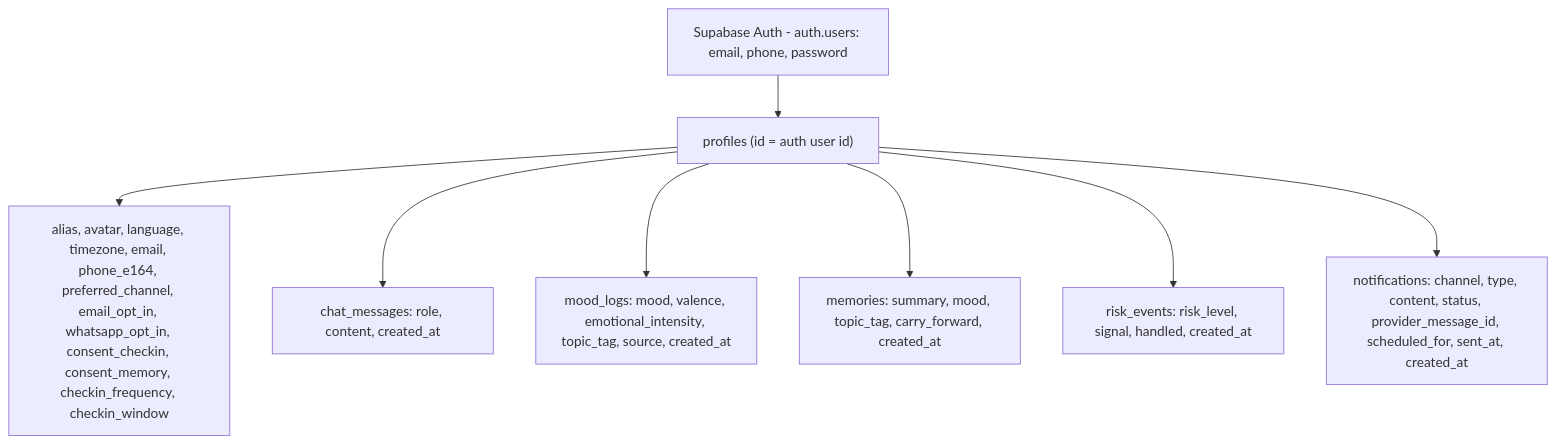
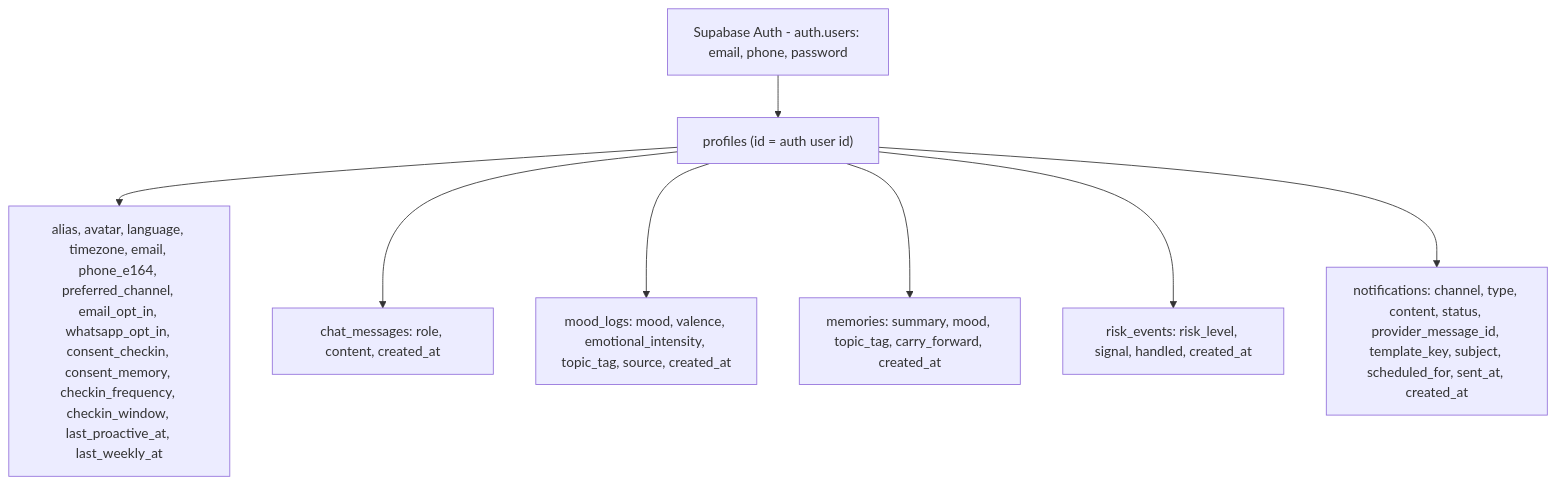
Before and after one commit to nitinbhadauria21/dhira-2.0: the first of 2 diagrams in supabase/DATA_MODEL.md, drawn with Mermaid. The commit also changed other lines of this file and 17 other files, not shown here.

````diff
--- a/supabase/DATA_MODEL.md
+++ b/supabase/DATA_MODEL.md
@@ -8,10 +8,10 @@
 ```mermaid
 graph TD
   Auth["Supabase Auth - auth.users: email, phone, password"] --> P["profiles (id = auth user id)"]
-  P --> PCols["alias, avatar, language, timezone, email, phone_e164, preferred_channel, email_opt_in, whatsapp_opt_in, consent_checkin, consent_memory, checkin_frequency, checkin_window"]
+  P --> PCols["alias, avatar, language, timezone, email, phone_e164, preferred_channel, email_opt_in, whatsapp_opt_in, consent_checkin, consent_memory, checkin_frequency, checkin_window, last_proactive_at, last_weekly_at"]
   P --> CM["chat_messages: role, content, created_at"]
   P --> ML["mood_logs: mood, valence, emotional_intensity, topic_tag, source, created_at"]
   P --> MEM["memories: summary, mood, topic_tag, carry_forward, created_at"]
   P --> RE["risk_events: risk_level, signal, handled, created_at"]
-  P --> NOT["notifications: channel, type, content, status, provider_message_id, scheduled_for, sent_at, created_at"]
+  P --> NOT["notifications: channel, type, content, status, provider_message_id, template_key, subject, scheduled_for, sent_at, created_at"]
 ```
````
